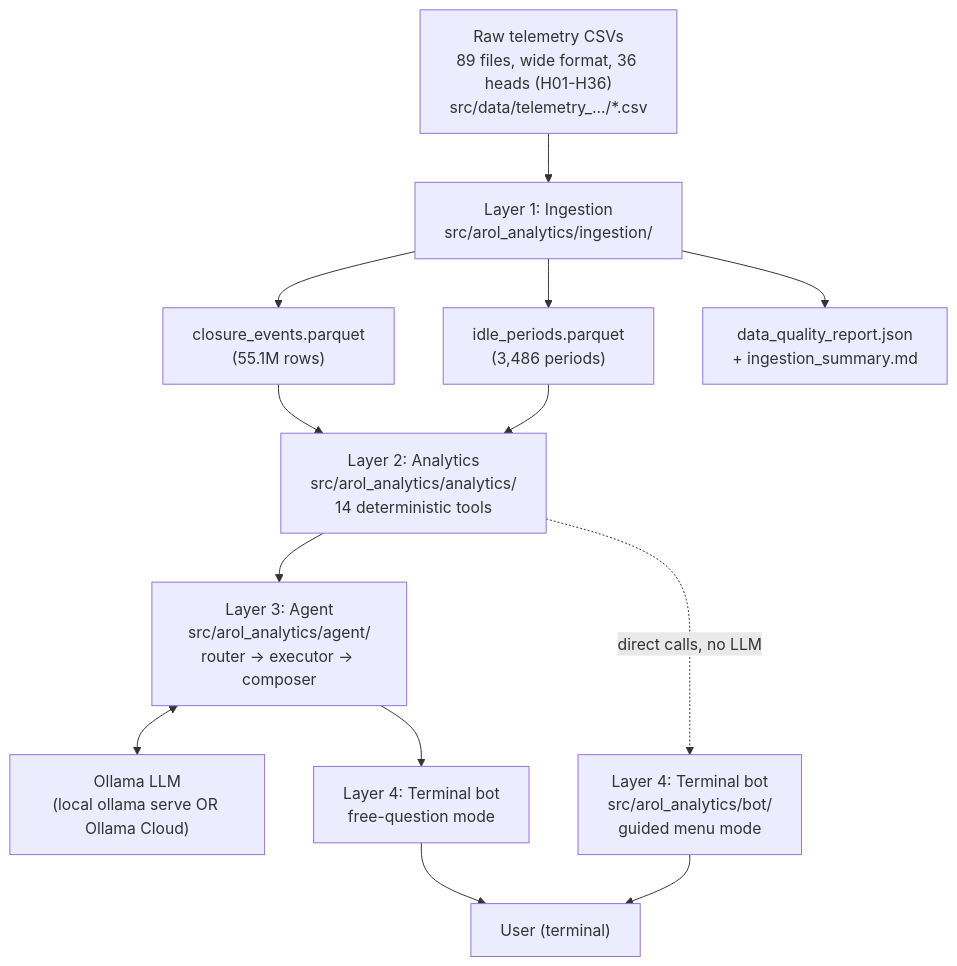
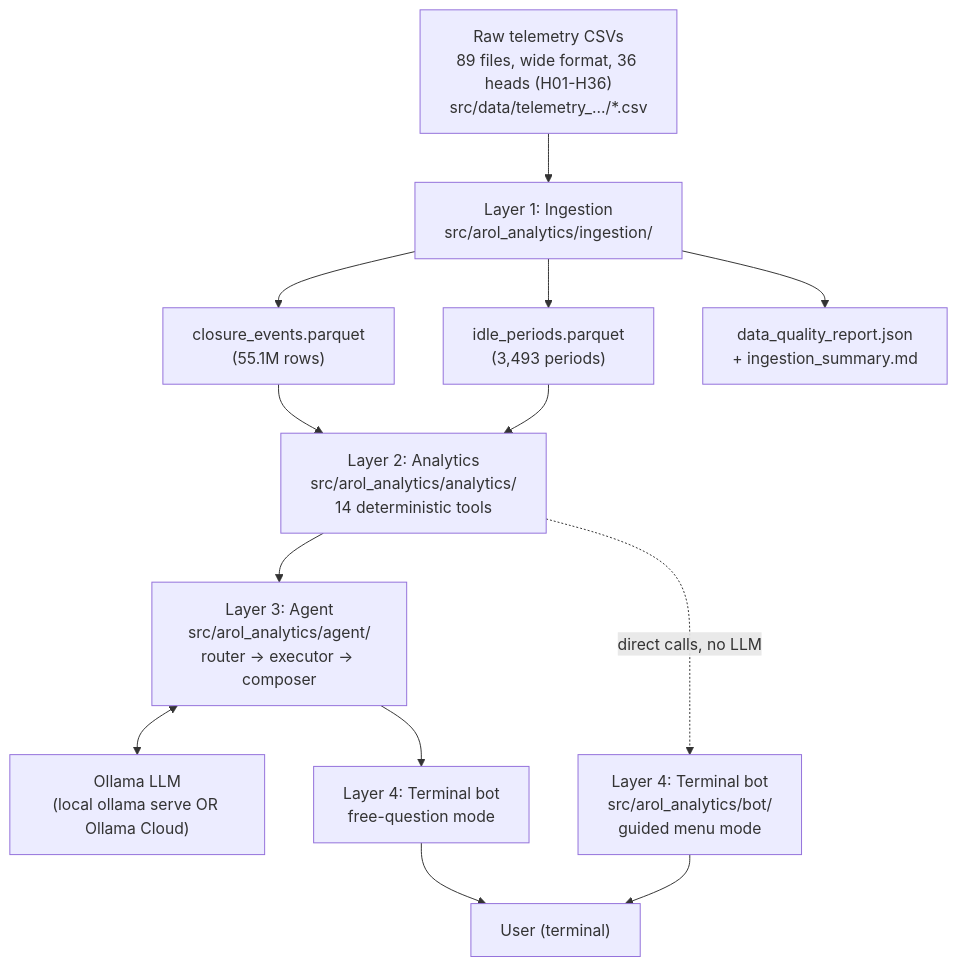
One commit to christianpriska/ArolProjectQ3 changed the diagram in docs/architecture.md. Above: the diagram before and after it, drawn with Mermaid. The commit also changed other lines of this file and 18 other files, not shown here.

````diff
--- a/docs/architecture.md
+++ b/docs/architecture.md
@@ -9,15 +9,15 @@
 ```mermaid
 flowchart TD
     A["Raw telemetry CSVs\n89 files, wide format, 36 heads (H01-H36)\nsrc/data/telemetry_.../*.csv"] --> B["Layer 1: Ingestion\nsrc/arol_analytics/ingestion/"]
     B --> C["closure_events.parquet\n(55.1M rows)"]
-    B --> D["idle_periods.parquet\n(3,486 periods)"]
+    B --> D["idle_periods.parquet\n(3,493 periods)"]
     B --> E["data_quality_report.json\n+ ingestion_summary.md"]
     C --> F["Layer 2: Analytics\nsrc/arol_analytics/analytics/\n14 deterministic tools"]
     D --> F
     F --> G["Layer 3: Agent\nsrc/arol_analytics/agent/\nrouter -> executor -> composer"]
     G <--> H["Ollama LLM\n(local ollama serve OR Ollama Cloud)"]
     F -.direct calls, no LLM.-> I["Layer 4: Terminal bot\nsrc/arol_analytics/bot/\nguided menu mode"]
     G --> I2["Layer 4: Terminal bot\nfree-question mode"]
     I --> J["User (terminal)"]
     I2 --> J
 ```
````
